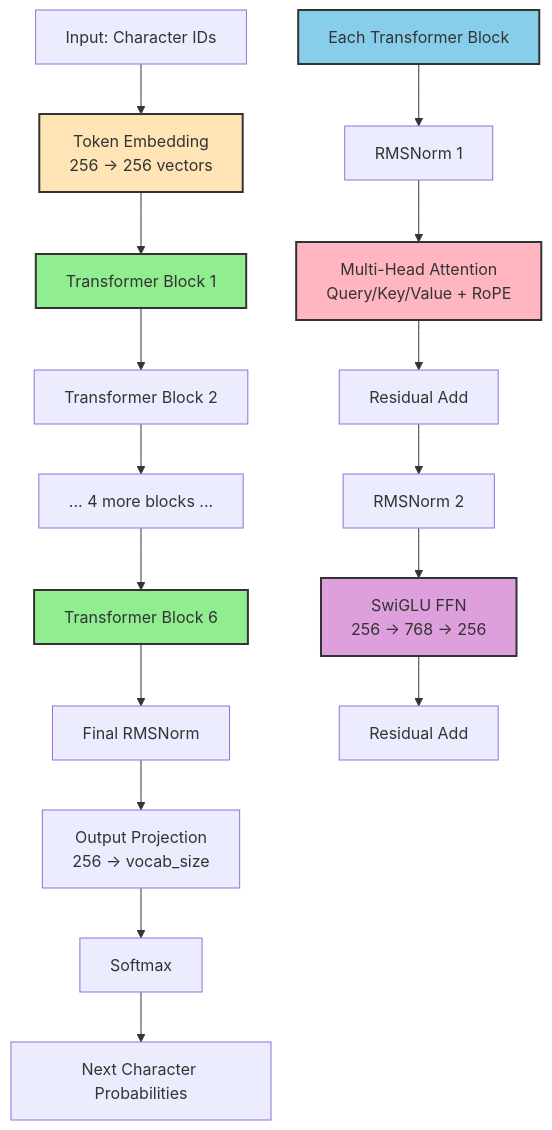
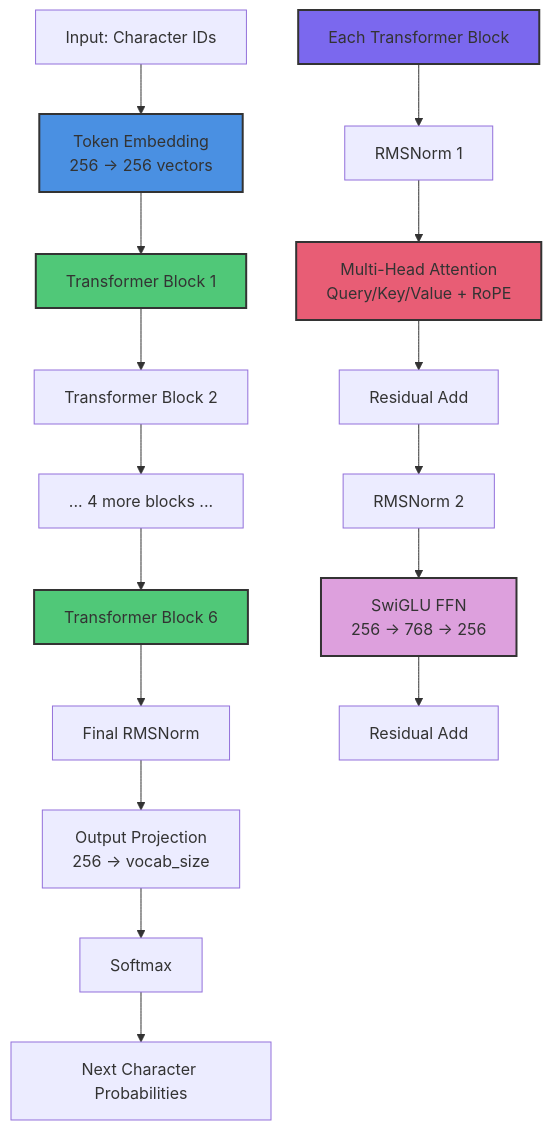
One commit to tenstorrent/tt-vscode-toolkit changed the fourth of 10 diagrams in content/lessons/ct8-training-from-scratch.md. Above: the diagram before and after it, drawn with Mermaid. The commit also changed other lines of this file and 9 other files, not shown here.

````diff
--- a/content/lessons/ct8-training-from-scratch.md
+++ b/content/lessons/ct8-training-from-scratch.md
@@ -317,26 +317,26 @@
 ```mermaid
 graph TD
     A[Input: Character IDs] --> B[Token Embedding<br/>256 → 256 vectors]
     B --> C[Transformer Block 1]
     C --> D[Transformer Block 2]
     D --> E[... 4 more blocks ...]
     E --> F[Transformer Block 6]
     F --> G[Final RMSNorm]
     G --> H[Output Projection<br/>256 → vocab_size]
     H --> I[Softmax]
     I --> J[Next Character Probabilities]
 
     K[Each Transformer Block] --> L[RMSNorm 1]
     L --> M[Multi-Head Attention<br/>Query/Key/Value + RoPE]
     M --> N[Residual Add]
     N --> O[RMSNorm 2]
     O --> P[SwiGLU FFN<br/>256 → 768 → 256]
     P --> Q[Residual Add]
 
-    style B fill:#FFE4B5,stroke:#333,stroke-width:2px
-    style C fill:#90EE90,stroke:#333,stroke-width:2px
-    style F fill:#90EE90,stroke:#333,stroke-width:2px
-    style K fill:#87CEEB,stroke:#333,stroke-width:2px
-    style M fill:#FFB6C1,stroke:#333,stroke-width:2px
+    style B fill:#4A90E2,stroke:#333,stroke-width:2px
+    style C fill:#50C878,stroke:#333,stroke-width:2px
+    style F fill:#50C878,stroke:#333,stroke-width:2px
+    style K fill:#7B68EE,stroke:#333,stroke-width:2px
+    style M fill:#E85D75,stroke:#333,stroke-width:2px
     style P fill:#DDA0DD,stroke:#333,stroke-width:2px
 ```
````
